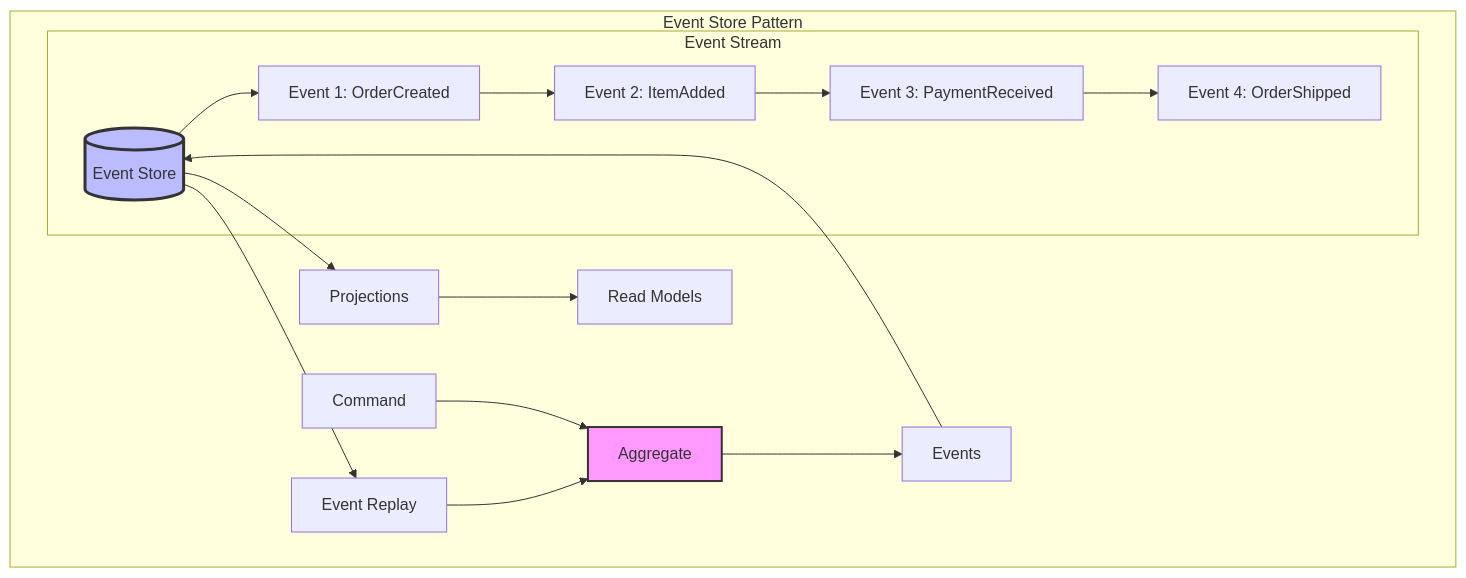
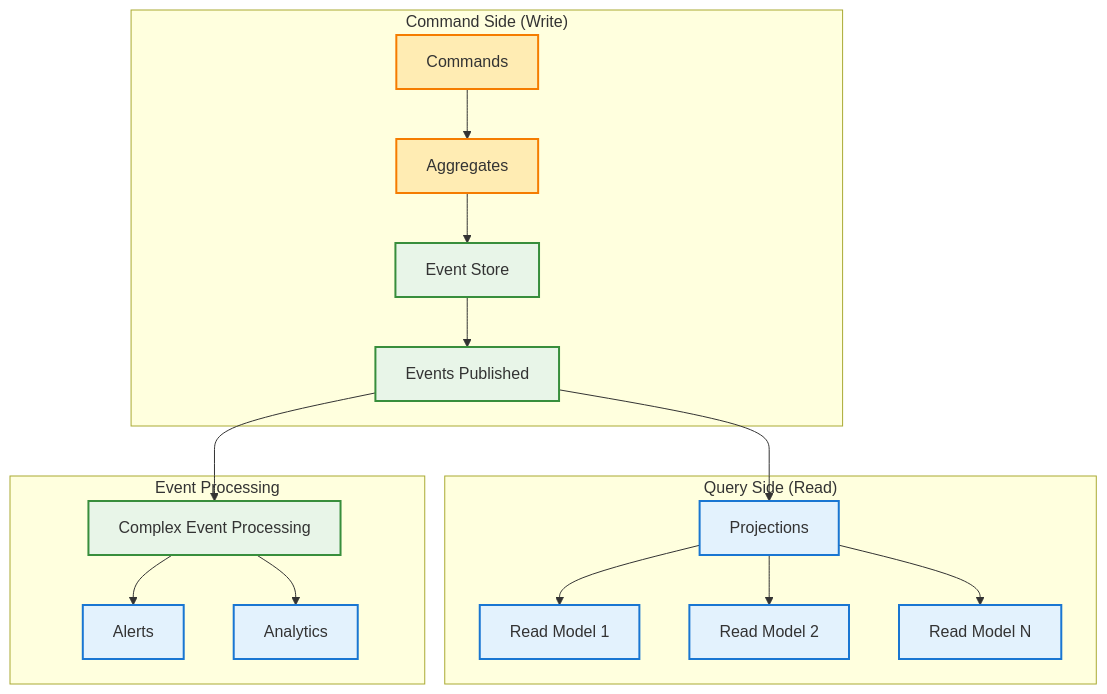
Before and after one commit to deepaucksharma/DStudio: the second of 5 diagrams in docs/pattern-library/architecture/event-driven.md, drawn with Mermaid. The commit also changed other lines of this file and 4 other files, not shown here.

````diff
--- a/docs/pattern-library/architecture/event-driven.md
+++ b/docs/pattern-library/architecture/event-driven.md
@@ -326,23 +189,29 @@
 ```mermaid
-graph TB
-    subgraph "Event Store Pattern"
-        CMD[Command] --> AGG[Aggregate]
-        AGG --> EVT[Events]
-        EVT --> ES[(Event Store)]
-        ES --> PROJ[Projections]
-        PROJ --> READ[Read Models]
-        
-        ES --> REPLAY[Event Replay]
-        REPLAY --> AGG
-        
-        subgraph "Event Stream"
-            ES --> E1[Event 1: OrderCreated]
-            E1 --> E2[Event 2: ItemAdded]
-            E2 --> E3[Event 3: PaymentReceived]
-            E3 --> E4[Event 4: OrderShipped]
-        end
+graph TD
+    subgraph "Command Side (Write)"
+        CMD[Commands] --> AGG[Aggregates]
+        AGG --> ES[Event Store]
+        ES --> EVT[Events Published]
     end
     
-    style ES fill:#bbf,stroke:#333,stroke-width:3px
-    style AGG fill:#f9f,stroke:#333,stroke-width:2px
+    subgraph "Query Side (Read)"
+        EVT --> PROJ[Projections]
+        PROJ --> RM1[Read Model 1]
+        PROJ --> RM2[Read Model 2]
+        PROJ --> RM3[Read Model N]
+    end
+    
+    subgraph "Event Processing"
+        EVT --> CEP[Complex Event Processing]
+        CEP --> ALERTS[Alerts]
+        CEP --> ANALYTICS[Analytics]
+    end
+    
+    classDef command fill:#ffecb3,stroke:#f57c00,stroke-width:2px
+    classDef event fill:#e8f5e8,stroke:#388e3c,stroke-width:2px
+    classDef query fill:#e3f2fd,stroke:#1976d2,stroke-width:2px
+    
+    class CMD,AGG command
+    class ES,EVT,CEP event
+    class PROJ,RM1,RM2,RM3,ALERTS,ANALYTICS query
 ```
````
